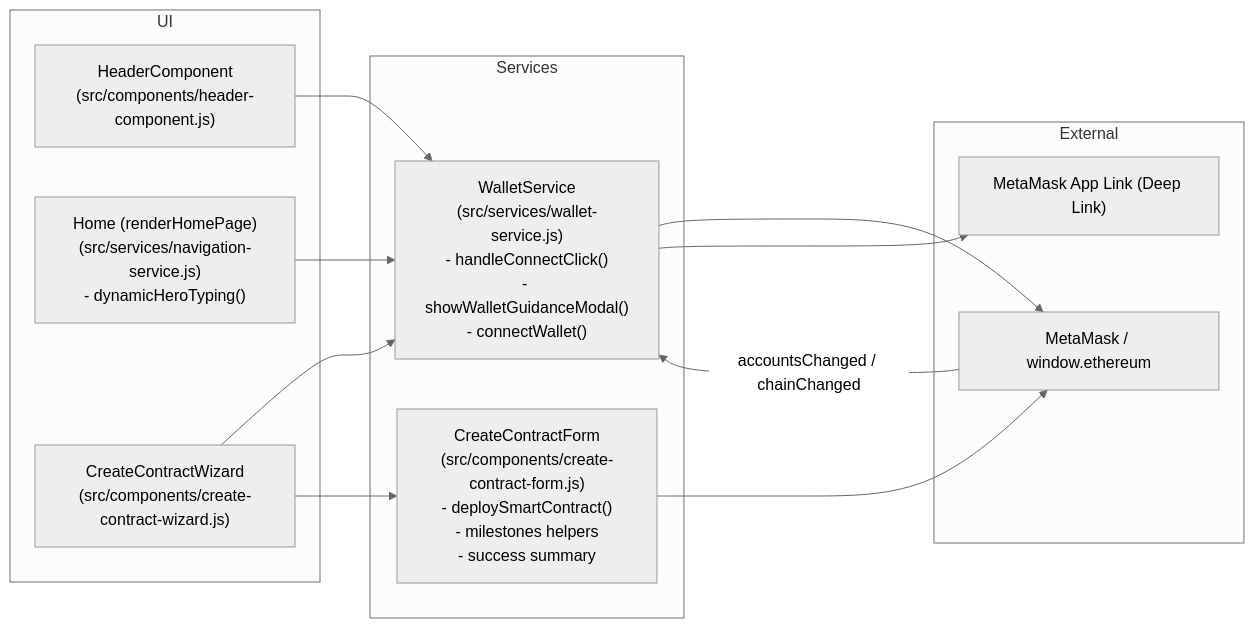
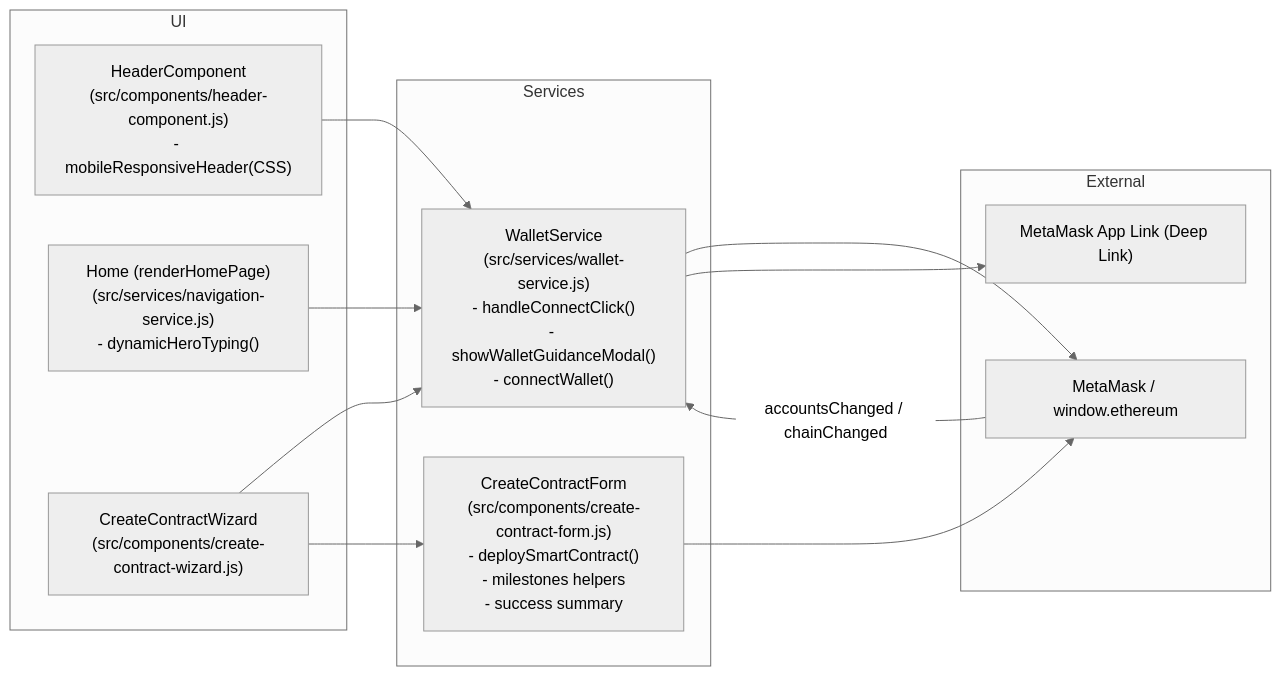
Before and after one commit to Dkubitz/Deal-FiV2: the diagram in .architecture/modules/frontend.mmd, drawn with Mermaid (neutral theme). The commit also changed 1 other file, not shown here.

Commit message:
fix: header mobile sem sobreposiÃ§Ã£o
Ajusta responsividade do header e reduz Ã­cones fixos no mobile.

Em larguras ultra pequenas, oculta Ã­cones de canto para evitar overlap.

Atualiza diagrama Mermaid do frontend.

```diff
--- a/.architecture/modules/frontend.mmd
+++ b/.architecture/modules/frontend.mmd
@@ -1,29 +1,29 @@
 flowchart LR
   %% Frontend module view (onboarding + criação)
 
   subgraph UI["UI"]
-    HEADER["HeaderComponent\n(src/components/header-component.js)"]
+    HEADER["HeaderComponent\n(src/components/header-component.js)\n- mobileResponsiveHeader(CSS)"]
     HOME["Home (renderHomePage)\n(src/services/navigation-service.js)\n- dynamicHeroTyping()"]
     CREATE_WIZ["CreateContractWizard\n(src/components/create-contract-wizard.js)"]
   end
 
   subgraph SVC["Services"]
     WALLET["WalletService\n(src/services/wallet-service.js)\n- handleConnectClick()\n- showWalletGuidanceModal()\n- connectWallet()"]
     CREATE_FORM["CreateContractForm\n(src/components/create-contract-form.js)\n- deploySmartContract()\n- milestones helpers\n- success summary"]
   end
 
   subgraph EXT["External"]
     MM["MetaMask / window.ethereum"]
     MMDL["MetaMask App Link (Deep Link)"]
   end
 
   HEADER --> WALLET
   HOME --> WALLET
   CREATE_WIZ --> WALLET
   CREATE_WIZ --> CREATE_FORM
   WALLET --> MM
   WALLET --> MMDL
 
   MM -- accountsChanged / chainChanged --> WALLET
 
   CREATE_FORM --> MM
```
